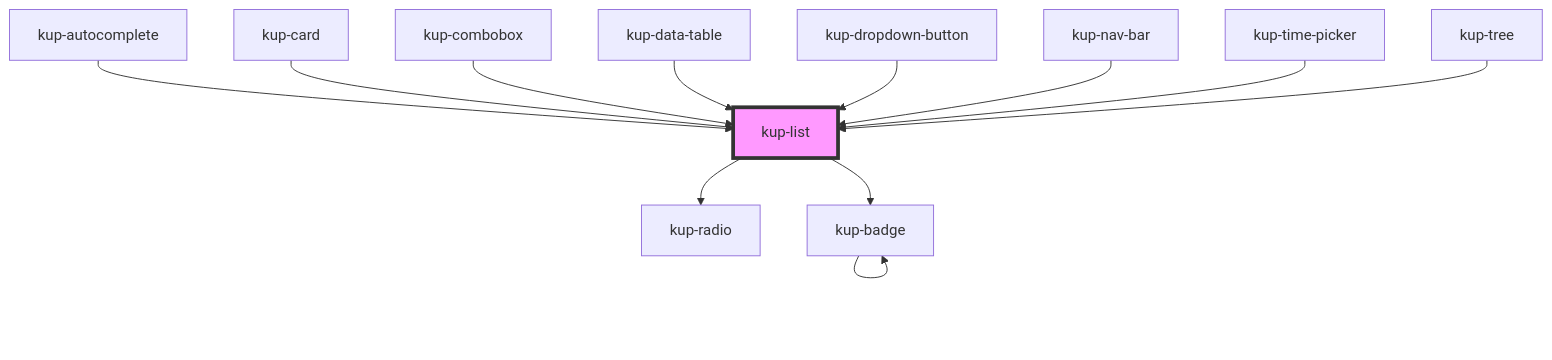
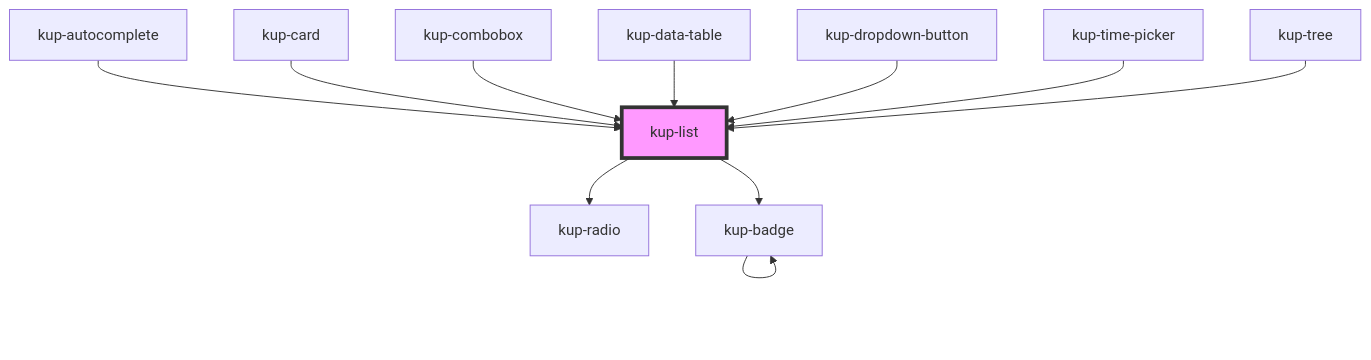
The diagram in packages/ketchup/src/components/kup-list/readme.md (smeup/ketchup), drawn with Mermaid before and after one commit. The commit also changed other lines of this file and 5 other files, not shown here.

Commit message:
kup-nav-bar: minor style fixes and renewed build-time files.

````diff
--- a/packages/ketchup/src/components/kup-list/readme.md
+++ b/packages/ketchup/src/components/kup-list/readme.md
@@ -125,15 +124,14 @@
 ```mermaid
 graph TD;
   kup-list --> kup-radio
   kup-list --> kup-badge
   kup-badge --> kup-badge
   kup-autocomplete --> kup-list
   kup-card --> kup-list
   kup-combobox --> kup-list
   kup-data-table --> kup-list
   kup-dropdown-button --> kup-list
-  kup-nav-bar --> kup-list
   kup-time-picker --> kup-list
   kup-tree --> kup-list
   style kup-list fill:#f9f,stroke:#333,stroke-width:4px
 ```
````
